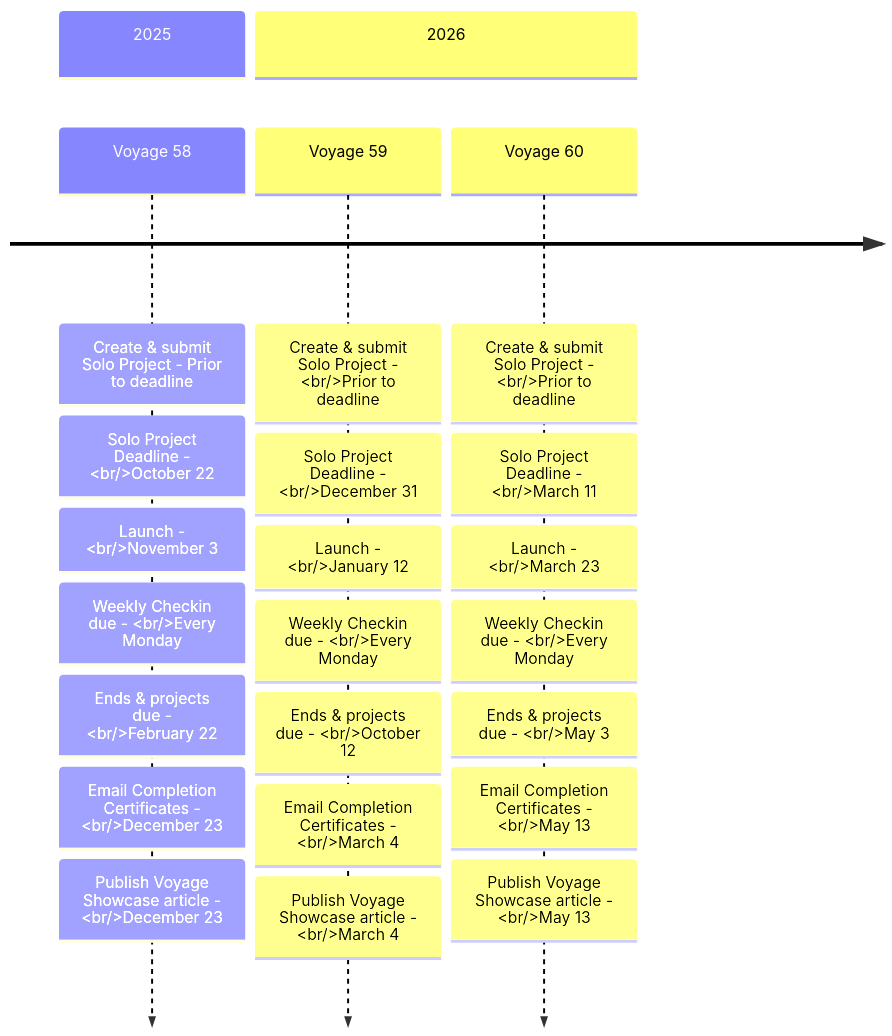
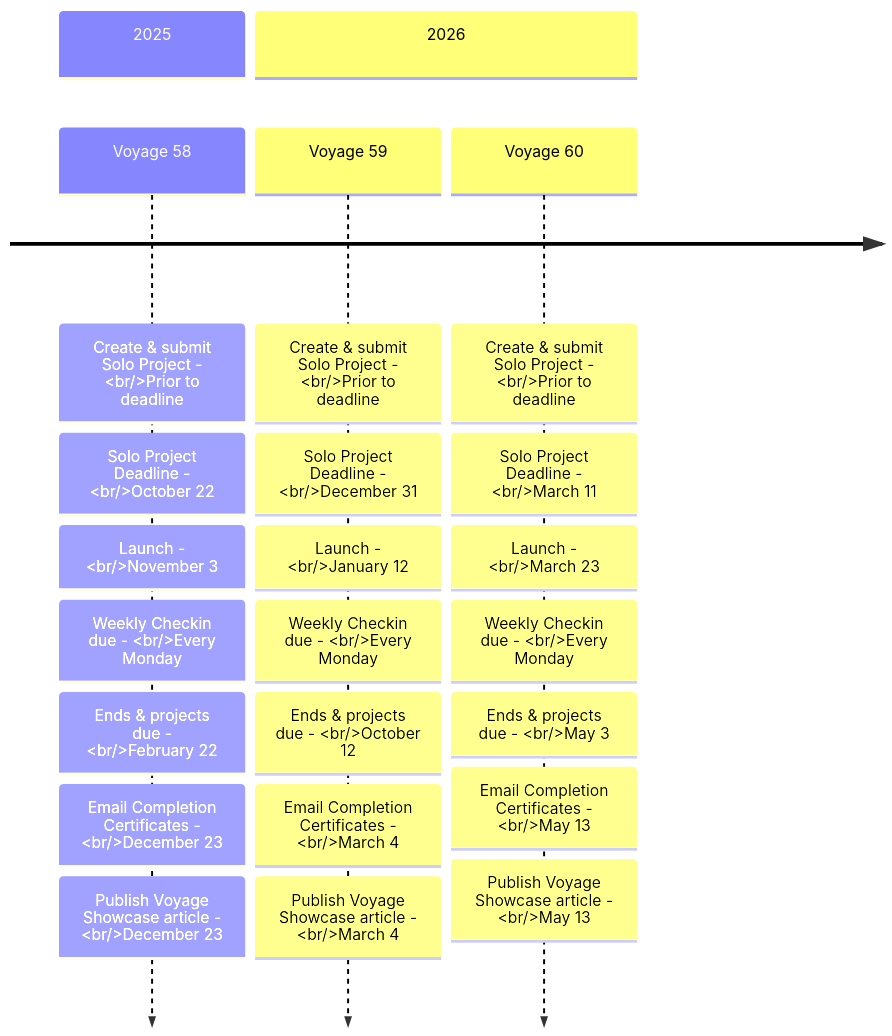
One commit to chingu-voyages/Handbook changed the first of 3 diagrams in docs/guides/voyage/voyage.md. Above: the diagram before and after it, drawn with Mermaid.

Commit message:
Feature: Reformat voyage schedule timeline sections

````diff
--- a/docs/guides/voyage/voyage.md
+++ b/docs/guides/voyage/voyage.md
@@ -31,26 +31,26 @@
 ```mermaid
   timeline
     section 2025
-      Voyage 58: Create & submit Solo Project - Prior to deadline
+      Voyage 58: Create & submit Solo Project - <br/>Prior to deadline
                : Solo Project Deadline - <br/>October 22
                : Launch - <br/>November 3
                : Weekly Checkin due - <br/>Every Monday
                : Ends & projects due - <br/>February 22
                : Email Completion Certificates - <br/>December 23
                : Publish Voyage Showcase article - <br/>December 23
     section 2026
       Voyage 59: Create & submit Solo Project - <br/>Prior to deadline
                : Solo Project Deadline - <br/>December 31
                : Launch - <br/>January 12
                : Weekly Checkin due - <br/>Every Monday
                : Ends & projects due - <br/>October 12
                : Email Completion Certificates - <br/>March 4
                : Publish Voyage Showcase article - <br/>March 4
       Voyage 60: Create & submit Solo Project - <br/>Prior to deadline
                : Solo Project Deadline - <br/>March 11
                : Launch - <br/>March 23 
                : Weekly Checkin due - <br/>Every Monday
                : Ends & projects due - <br/>May 3
                : Email Completion Certificates - <br/>May 13
                : Publish Voyage Showcase article - <br/>May 13
 ```
````
